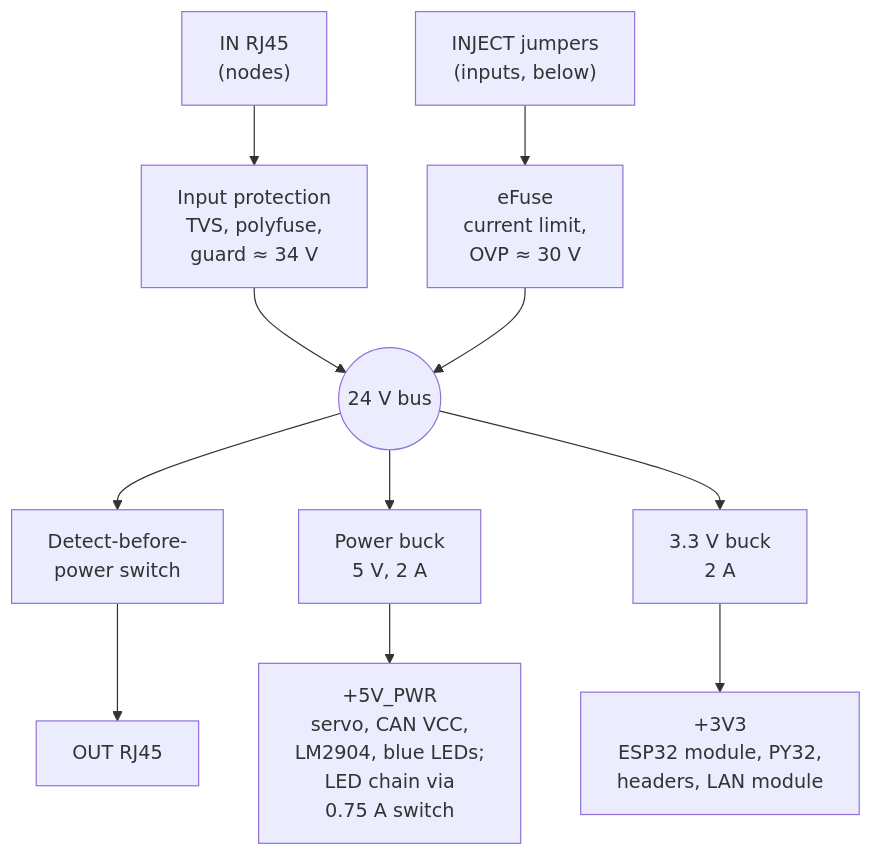
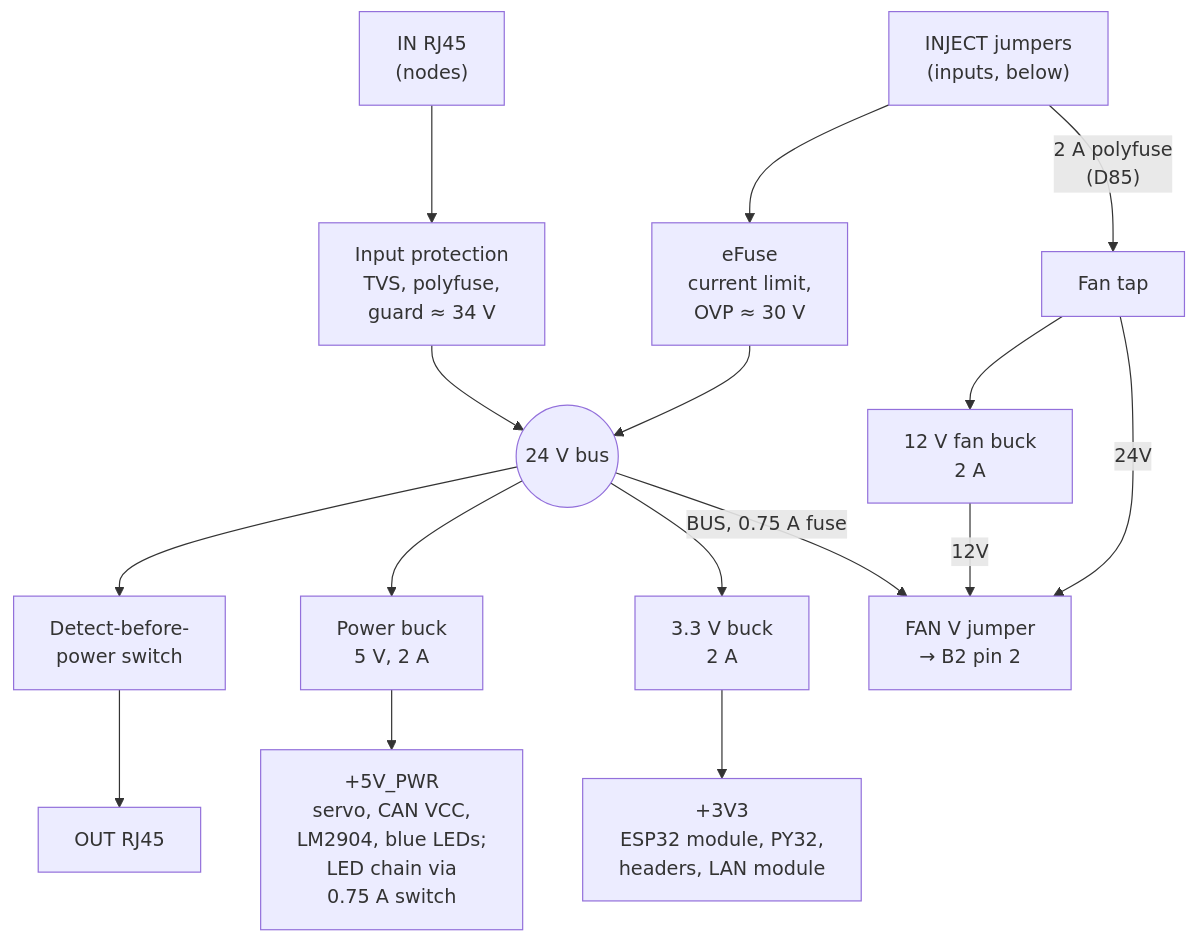
One commit to BashfulBits/3dp-fleet-exhaust changed the first of 3 diagrams in docs/02_hardware_specification.md. Above: the diagram before and after it, drawn with Mermaid. The commit also changed other lines of this file and 6 other files, not shown here.

````diff
--- a/docs/02_hardware_specification.md
+++ b/docs/02_hardware_specification.md
@@ -55,10 +55,15 @@
 ```mermaid
 flowchart TB
   IN["IN RJ45<br>(nodes)"] --> PROT["Input protection<br>TVS, polyfuse,<br>guard ≈ 34 V"]
   INJ["INJECT jumpers<br>(inputs, below)"] --> EF["eFuse<br>current limit,<br>OVP ≈ 30 V"]
   PROT --> BUS(("24 V bus"))
   EF --> BUS
   BUS --> DBP["Detect-before-<br>power switch"] --> OUT["OUT RJ45"]
   BUS --> BP["Power buck<br>5 V, 2 A"] --> P5["+5V_PWR<br>servo, CAN VCC,<br>LM2904, blue LEDs;<br>LED chain via<br>0.75 A switch"]
   BUS --> B3["3.3 V buck<br>2 A"] --> S3["+3V3<br>ESP32 module, PY32,<br>headers, LAN module"]
+  INJ -->|"2 A polyfuse<br>(D85)"| TAP["Fan tap"]
+  TAP --> B12["12 V fan buck<br>2 A"]
+  TAP -->|"24V"| FV["FAN V jumper<br>→ B2 pin 2"]
+  B12 -->|"12V"| FV
+  BUS -->|"BUS, 0.75 A fuse"| FV
 ```
````
